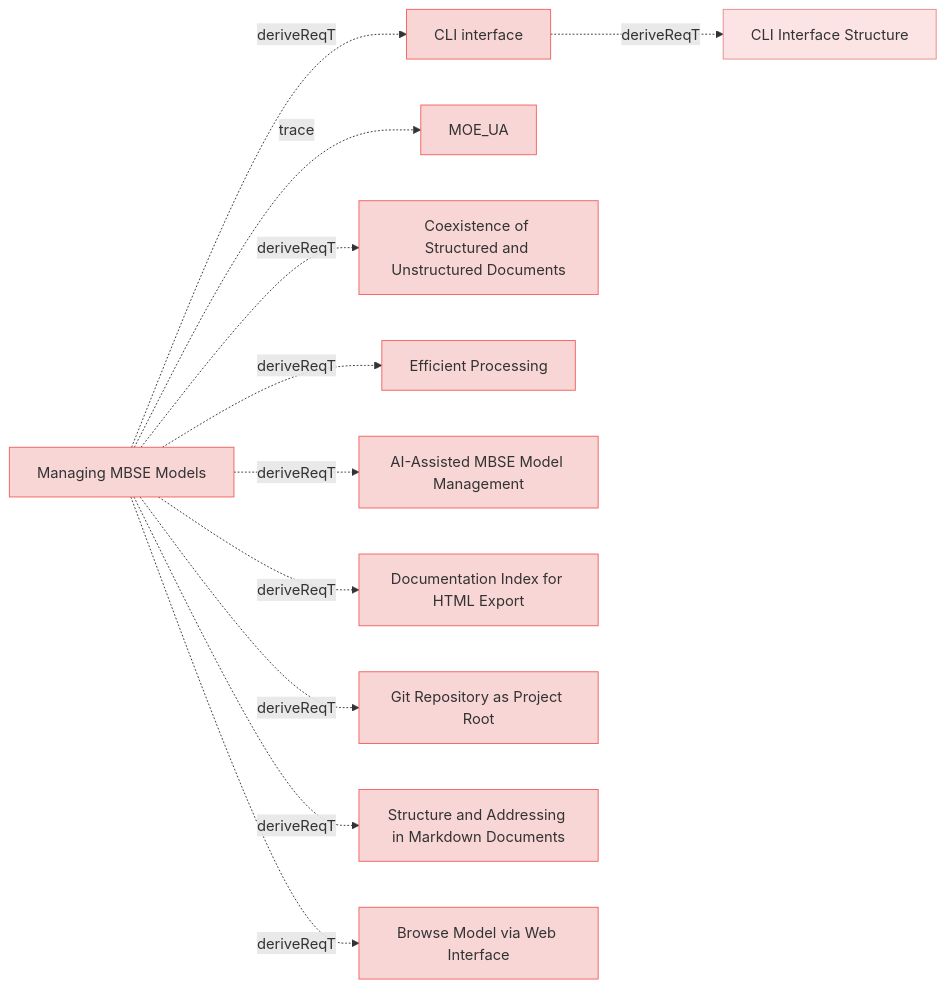
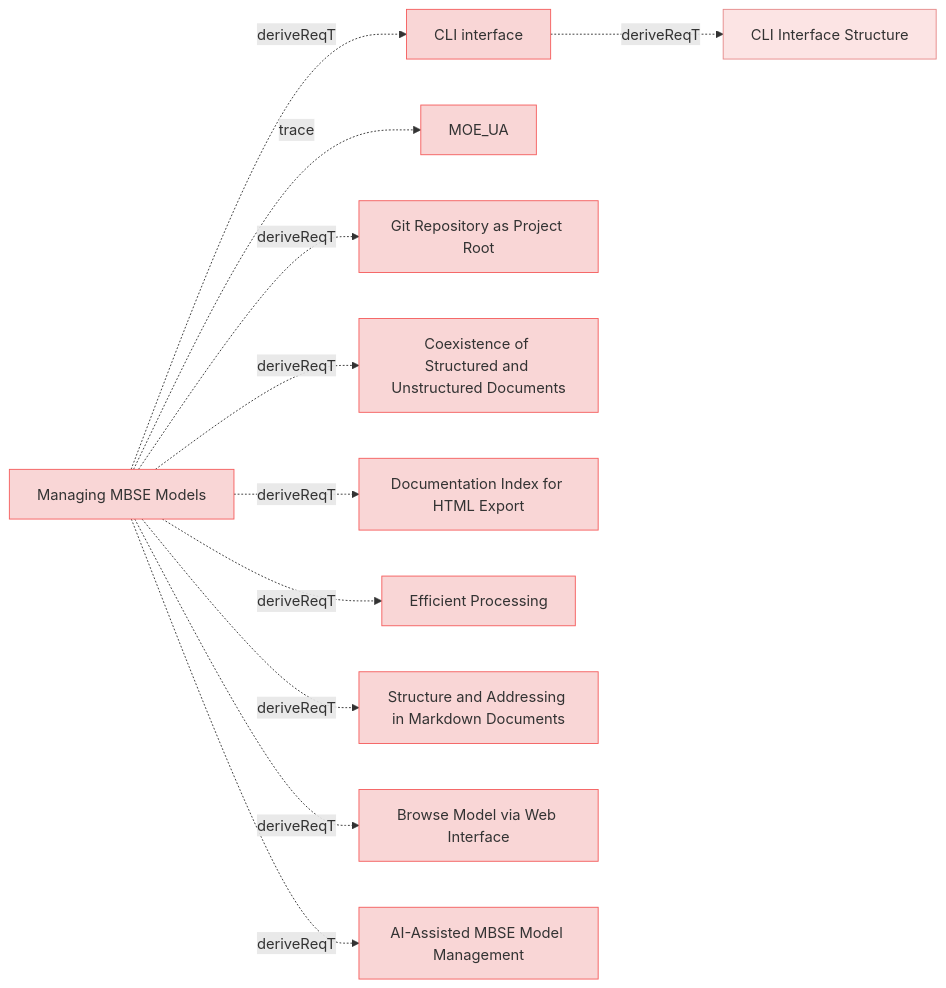
Before and after one commit to reqvire-org/reqvire: the ninth of 9 diagrams in specifications/UserRequirements.md, drawn with Mermaid. The commit also changed other lines of this file and 25 other files, not shown here.

````diff
--- a/specifications/UserRequirements.md
+++ b/specifications/UserRequirements.md
@@ -1115,53 +1115,53 @@
 ```mermaid
 graph LR;
   %% REQVIRE-AUTOGENERATED-DIAGRAM
   %% Graph styling
   classDef userRequirement fill:#f9d6d6,stroke:#f55f5f,stroke-width:1px;
   classDef systemRequirement fill:#fce4e4,stroke:#e68a8a,stroke-width:1px;
   classDef verification fill:#d6f9d6,stroke:#5fd75f,stroke-width:1px;
   classDef default fill:#f5f5f5,stroke:#333333,stroke-width:1px;
 
   f28849d46c19af44["CLI interface"];
   class f28849d46c19af44 userRequirement;
   click f28849d46c19af44 "UserRequirements.md#cli-interface";
   8f22faacdb454b23["CLI Interface Structure"];
   class 8f22faacdb454b23 systemRequirement;
   click 8f22faacdb454b23 "SystemRequirements/Requirements.md#cli-interface-structure";
   f28849d46c19af44 -.->|deriveReqT| 8f22faacdb454b23;
   e61b7c1baa89bfc6["Managing MBSE Models"];
   class e61b7c1baa89bfc6 userRequirement;
   click e61b7c1baa89bfc6 "UserStories.md#managing-mbse-models";
   2c5f30f14e792200["MOE_UA"];
   class 2c5f30f14e792200 userRequirement;
   click 2c5f30f14e792200 "MOEs.md#moe_ua";
   e61b7c1baa89bfc6 -.->|trace| 2c5f30f14e792200;
+  e61b7c1baa89bfc6 -.->|deriveReqT| f28849d46c19af44;
+  649d72765b13e14f["Git Repository as Project Root"];
+  class 649d72765b13e14f userRequirement;
+  click 649d72765b13e14f "ManagingMbseModelsRequirements.md#git-repository-as-project-root";
+  e61b7c1baa89bfc6 -.->|deriveReqT| 649d72765b13e14f;
   f0d721424636370e["Coexistence of Structured and Unstructured Documents"];
   class f0d721424636370e userRequirement;
   click f0d721424636370e "ManagingMbseModelsRequirements.md#coexistence-of-structured-and-unstructured-documents";
   e61b7c1baa89bfc6 -.->|deriveReqT| f0d721424636370e;
+  2f4125edaacb1231["Documentation Index for HTML Export"];
+  class 2f4125edaacb1231 userRequirement;
+  click 2f4125edaacb1231 "UserRequirements.md#documentation-index-for-html-export";
+  e61b7c1baa89bfc6 -.->|deriveReqT| 2f4125edaacb1231;
   d193d11c43776bec["Efficient Processing"];
   class d193d11c43776bec userRequirement;
   click d193d11c43776bec "ManagingMbseModelsRequirements.md#efficient-processing";
   e61b7c1baa89bfc6 -.->|deriveReqT| d193d11c43776bec;
-  cd2d5dab49985ca2["AI-Assisted MBSE Model Management"];
-  class cd2d5dab49985ca2 userRequirement;
-  click cd2d5dab49985ca2 "UserStories.md#ai-assisted-mbse-model-management";
-  e61b7c1baa89bfc6 -.->|deriveReqT| cd2d5dab49985ca2;
-  2f4125edaacb1231["Documentation Index for HTML Export"];
-  class 2f4125edaacb1231 userRequirement;
-  click 2f4125edaacb1231 "UserRequirements.md#documentation-index-for-html-export";
-  e61b7c1baa89bfc6 -.->|deriveReqT| 2f4125edaacb1231;
-  649d72765b13e14f["Git Repository as Project Root"];
-  class 649d72765b13e14f userRequirement;
-  click 649d72765b13e14f "ManagingMbseModelsRequirements.md#git-repository-as-project-root";
-  e61b7c1baa89bfc6 -.->|deriveReqT| 649d72765b13e14f;
   ade67c27bc5d3bbd["Structure and Addressing in Markdown Documents"];
   class ade67c27bc5d3bbd userRequirement;
   click ade67c27bc5d3bbd "SpecificationsRequirements.md#structure-and-addressing-in-markdown-documents";
   e61b7c1baa89bfc6 -.->|deriveReqT| ade67c27bc5d3bbd;
   a44b59684c593d1e["Browse Model via Web Interface"];
   class a44b59684c593d1e userRequirement;
   click a44b59684c593d1e "UserRequirements.md#browse-model-via-web-interface";
   e61b7c1baa89bfc6 -.->|deriveReqT| a44b59684c593d1e;
-  e61b7c1baa89bfc6 -.->|deriveReqT| f28849d46c19af44;
+  cd2d5dab49985ca2["AI-Assisted MBSE Model Management"];
+  class cd2d5dab49985ca2 userRequirement;
+  click cd2d5dab49985ca2 "UserStories.md#ai-assisted-mbse-model-management";
+  e61b7c1baa89bfc6 -.->|deriveReqT| cd2d5dab49985ca2;
 ```
````
